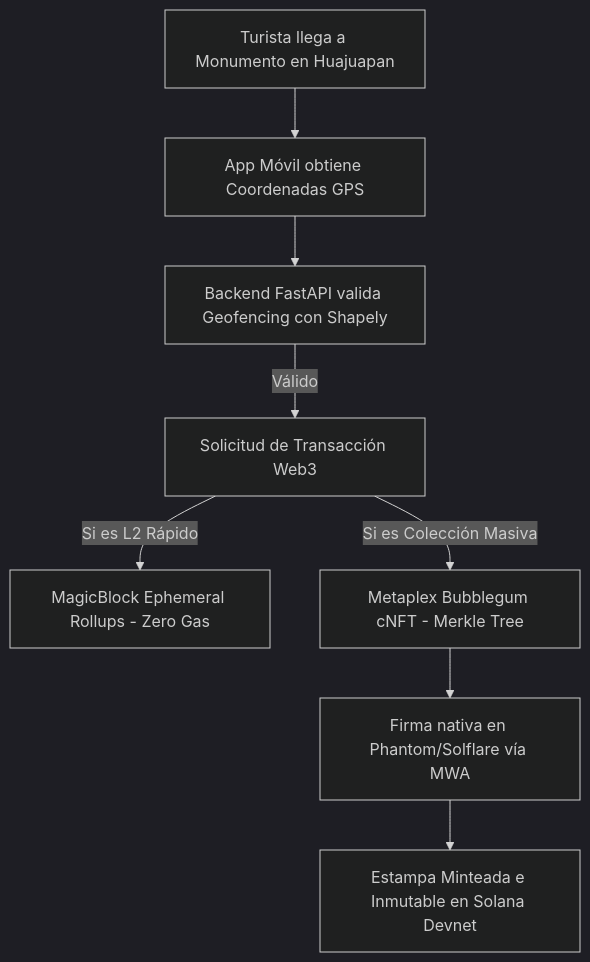
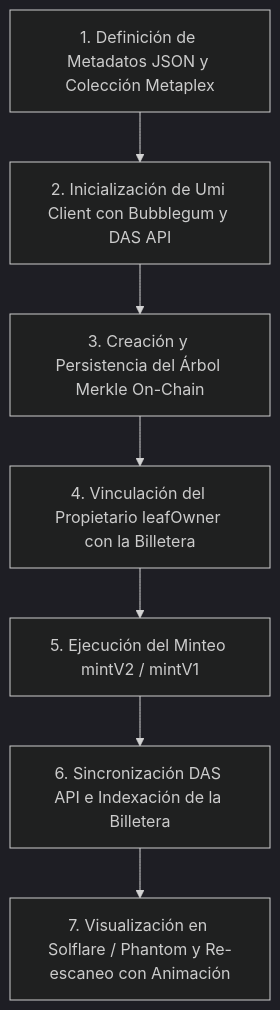
Before and after one commit to Huellazo/dApp: the diagram in docs/ARQUITECTURA_Y_CNFTS.md, drawn with Mermaid (dark theme). The commit also changed other lines of this file and 24 other files, not shown here.

````diff
--- a/docs/ARQUITECTURA_Y_CNFTS.md
+++ b/docs/ARQUITECTURA_Y_CNFTS.md
@@ -108,10 +90,9 @@
 ```mermaid
 graph TD
-    A[Turista llega a Monumento en Huajuapan] --> B[App Móvil obtiene Coordenadas GPS]
-    B --> C[Backend FastAPI valida Geofencing con Shapely]
-    C -->|Válido| D[Solicitud de Transacción Web3]
-    D -->|Si es L2 Rápido| E[MagicBlock Ephemeral Rollups - Zero Gas]
-    D -->|Si es Colección Masiva| F[Metaplex Bubblegum cNFT - Merkle Tree]
-    F --> G[Firma nativa en Phantom/Solflare vía MWA]
-    G --> H[Estampa Minteada e Inmutable en Solana Devnet]
+    Stage1[1. Definición de Metadatos JSON y Colección Metaplex] --> Stage2[2. Inicialización de Umi Client con Bubblegum y DAS API]
+    Stage2 --> Stage3[3. Creación y Persistencia del Árbol Merkle On-Chain]
+    Stage3 --> Stage4[4. Vinculación del Propietario leafOwner con la Billetera]
+    Stage4 --> Stage5[5. Ejecución del Minteo mintV2 / mintV1]
+    Stage5 --> Stage6[6. Sincronización DAS API e Indexación de la Billetera]
+    Stage6 --> Stage7[7. Visualización en Solflare / Phantom y Re-escaneo con Animación]
 ```
````
